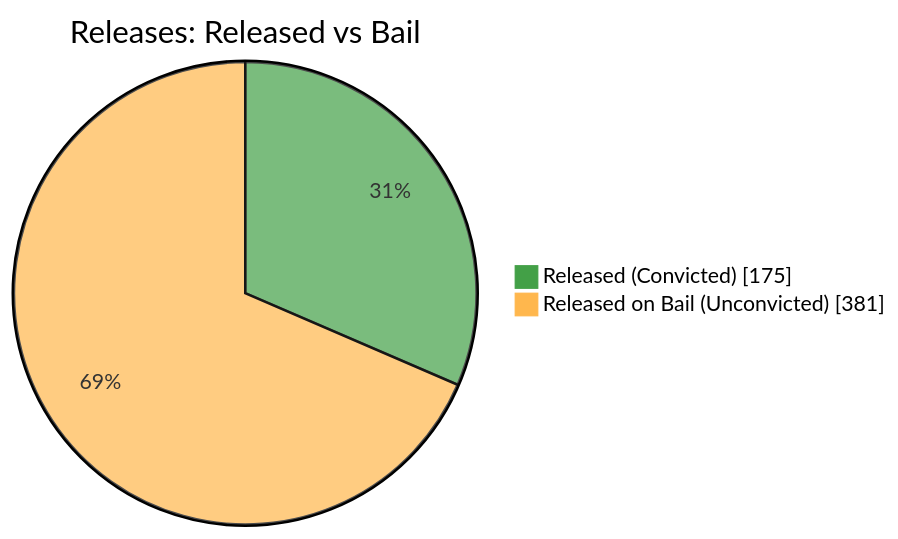
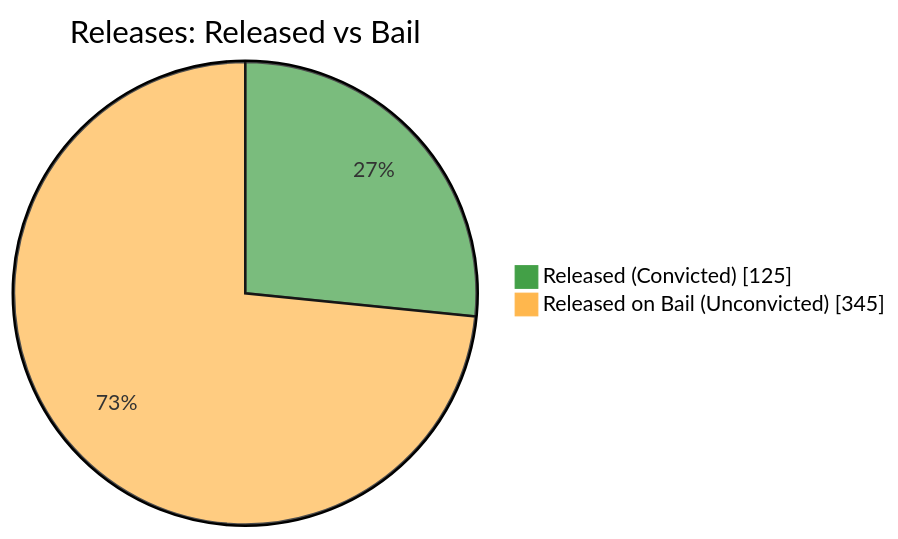
The fifth of 7 diagrams in README.md (nuuuwan/lk_prisons), drawn with Mermaid before and after one commit. The commit also changed other lines of this file and 1 other file, not shown here.

````diff
--- a/README.md
+++ b/README.md
@@ -87,6 +87,6 @@
 ```mermaid
 %%{init: {'themeVariables': {'pie1': '#43A047', 'pie2': '#FFB74D'}}}%%
 pie showData title Releases: Released vs Bail
-    "Released (Convicted)" : 175
-    "Released on Bail (Unconvicted)" : 381
+    "Released (Convicted)" : 125
+    "Released on Bail (Unconvicted)" : 345
 ```
````
